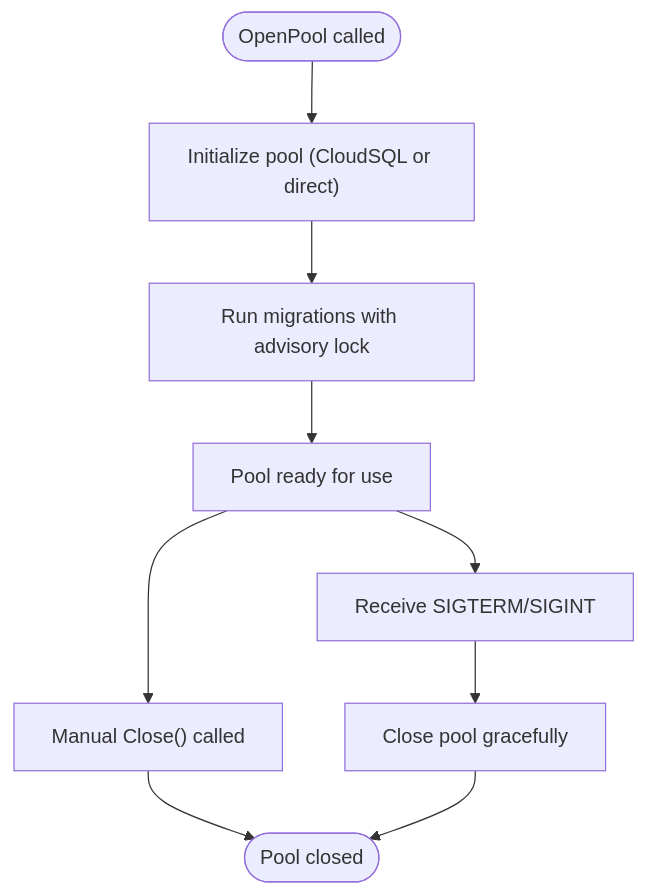
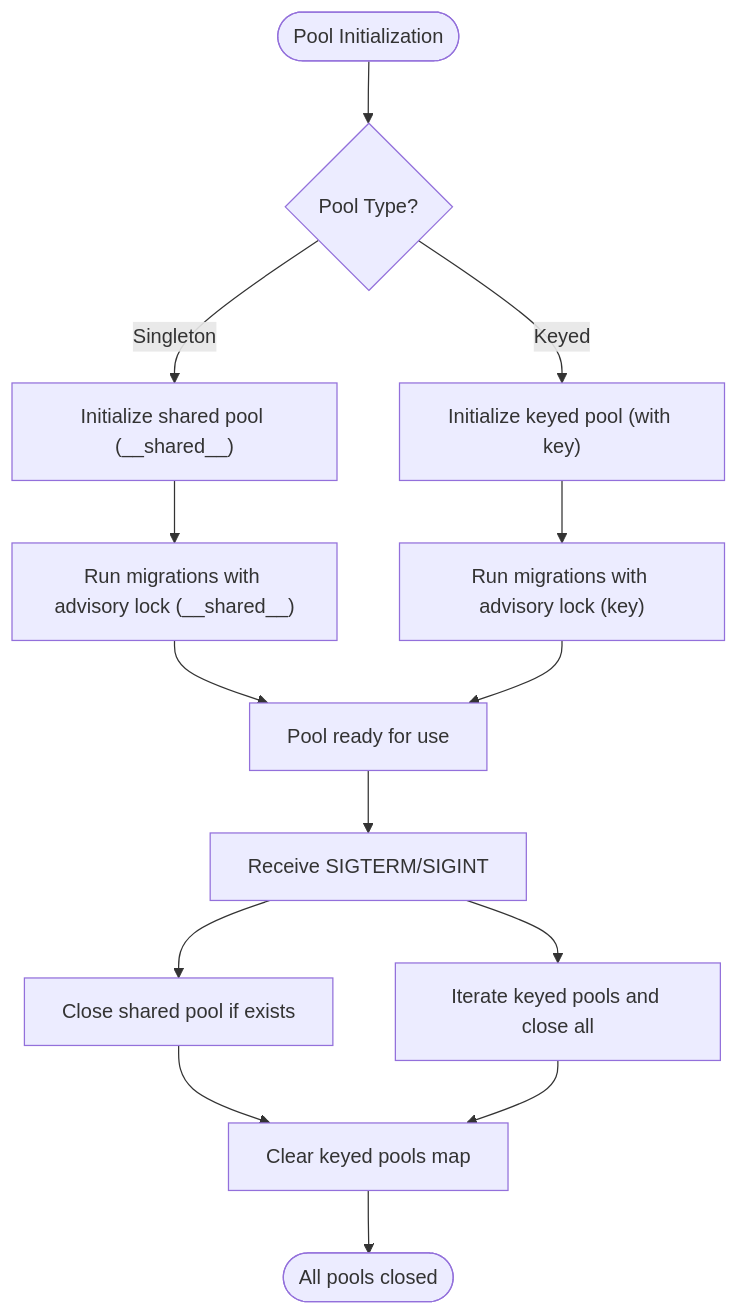
One commit to visdomtech/orcacommon changed the third of 4 diagrams in .qoder/repowiki/en/content/PostgreSQL Utilities Module/Connection Pooling.md. Above: the diagram before and after it, drawn with Mermaid. The commit also changed other lines of this file and 3 other files, not shown here.

````diff
--- a/.qoder/repowiki/en/content/PostgreSQL Utilities Module/Connection Pooling.md
+++ b/.qoder/repowiki/en/content/PostgreSQL Utilities Module/Connection Pooling.md
@@ -214,11 +287,16 @@
 ```mermaid
 flowchart TD
-Start(["OpenPool called"]) --> Init["Initialize pool (CloudSQL or direct)"]
-Init --> Migrate["Run migrations with advisory lock"]
-Migrate --> Running["Pool ready for use"]
+Start(["Pool Initialization"]) --> CheckType{"Pool Type?"}
+CheckType --> |Singleton| InitShared["Initialize shared pool (__shared__)"]
+CheckType --> |Keyed| InitKeyed["Initialize keyed pool (with key)"]
+InitShared --> MigrateShared["Run migrations with advisory lock (__shared__)"]
+InitKeyed --> MigrateKeyed["Run migrations with advisory lock (key)"]
+MigrateShared --> Running["Pool ready for use"]
+MigrateKeyed --> Running
 Running --> Signal["Receive SIGTERM/SIGINT"]
-Signal --> GraceClose["Close pool gracefully"]
-Running --> ManualClose["Manual Close() called"]
-ManualClose --> End(["Pool closed"])
-GraceClose --> End
+Signal --> CloseShared["Close shared pool if exists"]
+Signal --> CloseKeyed["Iterate keyed pools and close all"]
+CloseShared --> Cleanup["Clear keyed pools map"]
+CloseKeyed --> Cleanup
+Cleanup --> End(["All pools closed"])
 ```
````
